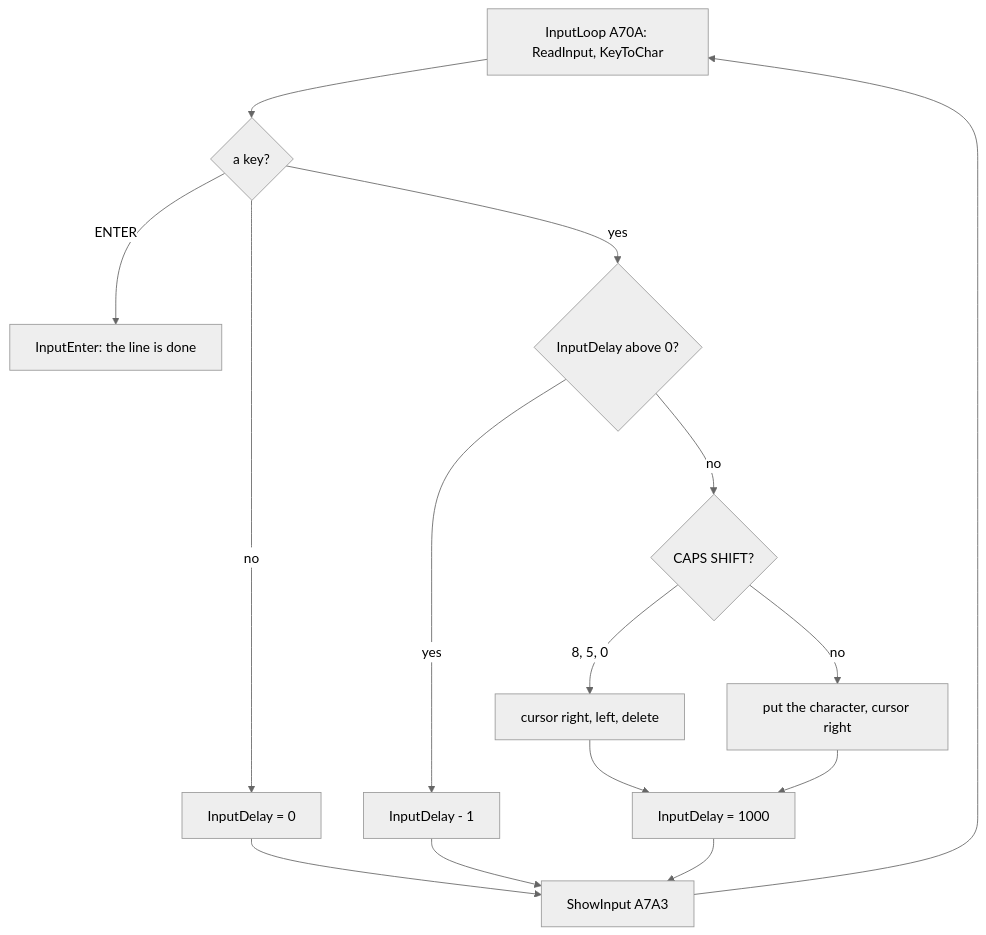
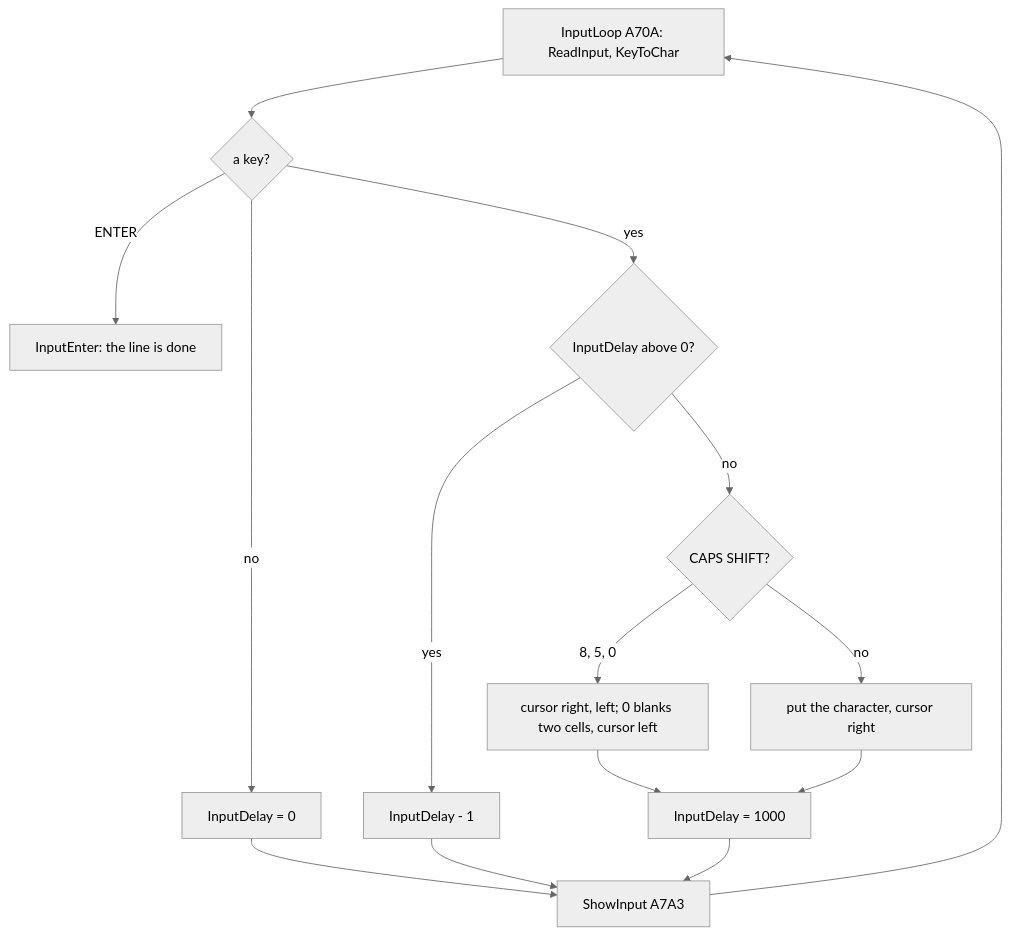
One commit to alfishe/unrealng-reverse-cases changed the ninth of 11 diagrams in games/simcity/docs/05-controls.md. Above: the diagram before and after it, drawn with Mermaid (neutral theme). The commit also changed other lines of this file and 40 other files, not shown here.

````diff
--- a/games/simcity/docs/05-controls.md
+++ b/games/simcity/docs/05-controls.md
@@ -1137,17 +1148,17 @@
 ```mermaid
 flowchart TD
     L["InputLoop A70A: ReadInput, KeyToChar"] --> K{"a key?"}
     K -- "no" --> Z["InputDelay = 0"]
     K -- "ENTER" --> E["InputEnter: the line is done"]
     K -- "yes" --> D{"InputDelay above 0?"}
     D -- "yes" --> DD["InputDelay - 1"]
     D -- "no" --> CS{"CAPS SHIFT?"}
-    CS -- "8, 5, 0" --> CU["cursor right, left, delete"]
+    CS -- "8, 5, 0" --> CU["cursor right, left; 0 blanks two cells, cursor left"]
     CS -- "no" --> CH["put the character, cursor right"]
     CU --> R["InputDelay = 1000"]
     CH --> R
     Z --> S["ShowInput A7A3"]
     DD --> S
     R --> S
     S --> L
 ```
````
